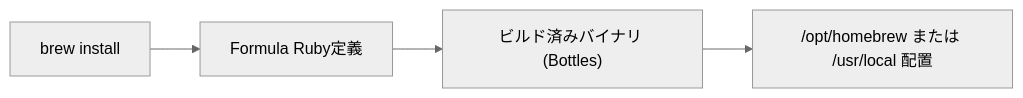
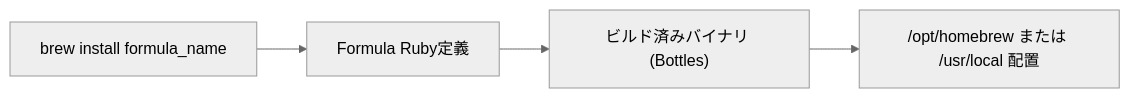
One commit to ssk0224/auto-tech-radar changed the diagram in articles/homebrew-core.md. Above: the diagram before and after it, drawn with Mermaid (neutral theme). The commit also changed 33 other files, not shown here.

````diff
--- a/articles/homebrew-core.md
+++ b/articles/homebrew-core.md
@@ -16,6 +16,6 @@
 ```mermaid
 flowchart LR
-    CLI["brew install <formula>"] --> Formula["Formula Ruby定義"]
+    CLI["brew install formula_name"] --> Formula["Formula Ruby定義"]
     Formula --> Bottle["ビルド済みバイナリ (Bottles)"]
     Bottle --> Target["/opt/homebrew または /usr/local 配置"]
 ```
````
